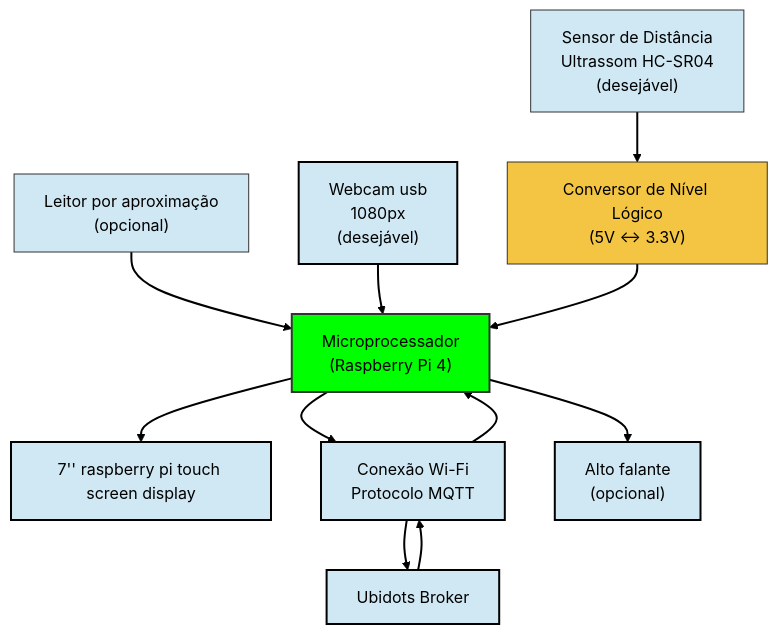
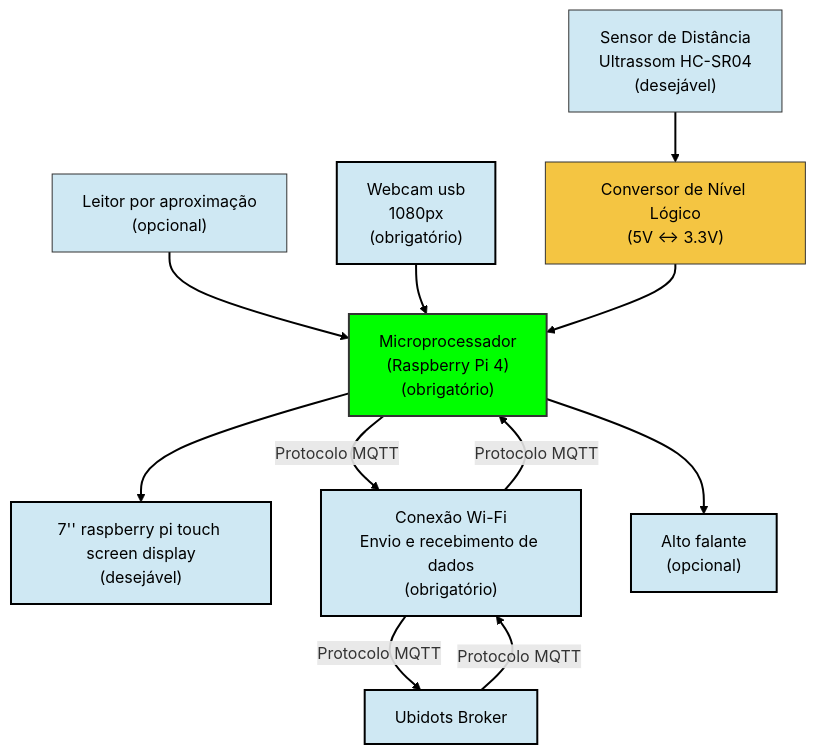
Before and after one commit to Ilan-Ha/EEN251_Projeto_T2_T3: the diagram in README.md, drawn with Mermaid.

````diff
--- a/README.md
+++ b/README.md
@@ -51,36 +51,36 @@
 ```mermaid
 flowchart TD
-    MCU["Microprocessador<br/>(Raspberry Pi 4)"]
-    TOUC["7'' raspberry pi touch screen display"]
+    MCU["Microprocessador<br/>(Raspberry Pi 4)<br/>(obrigatório)"]
+    TOUC["7'' raspberry pi touch screen display<br/>(desejável)"]
     LEVEL1["Conversor de Nível Lógico<br/>(5V ↔ 3.3V)"]
     US["Sensor de Distância<br/>Ultrassom HC-SR04<br/>(desejável)"]
-    CAM["Webcam usb<br/>1080px<br/>(desejável)"]
-    MQTT["Conexão Wi-Fi<br/>Protocolo MQTT"]
+    CAM["Webcam usb<br/>1080px<br/>(obrigatório)"]
+    MQTT["Conexão Wi-Fi<br/>Envio e recebimento de dados<br/>(obrigatório)"]
     DOT["Ubidots Broker"]
     SOM["Alto falante<br/>(opcional)"]
     LET["Leitor por aproximação<br/>(opcional)"]
 
     LET --> MCU
     MCU --> SOM
     MCU --> TOUC
     CAM --> MCU
     US --> LEVEL1
     LEVEL1 --> MCU
-    MCU --> MQTT
-    MQTT --> MCU
-    MQTT --> DOT
-    DOT --> MQTT
+    MCU --Protocolo MQTT--> MQTT
+    MQTT --Protocolo MQTT--> MCU
+    MQTT --Protocolo MQTT--> DOT
+    DOT --Protocolo MQTT--> MQTT
 
     %% Optional styling
     classDef sensor fill:#cfe8f3,stroke:#333,stroke-width:1px;
     classDef converter fill:#f4c542,stroke:#333,stroke-width:1px;
     classDef controller fill:#00ff00,stroke:#333,stroke-width:2px;
 
     class MCU controller;
     class US,LET sensor;
     class LEVEL1 converter;
     classDef default fill:#cfe8f3,color:#000,stroke:#000,stroke-width:2px;
 
     linkStyle default stroke:#000,stroke-width:2px;
 
 ```
````
